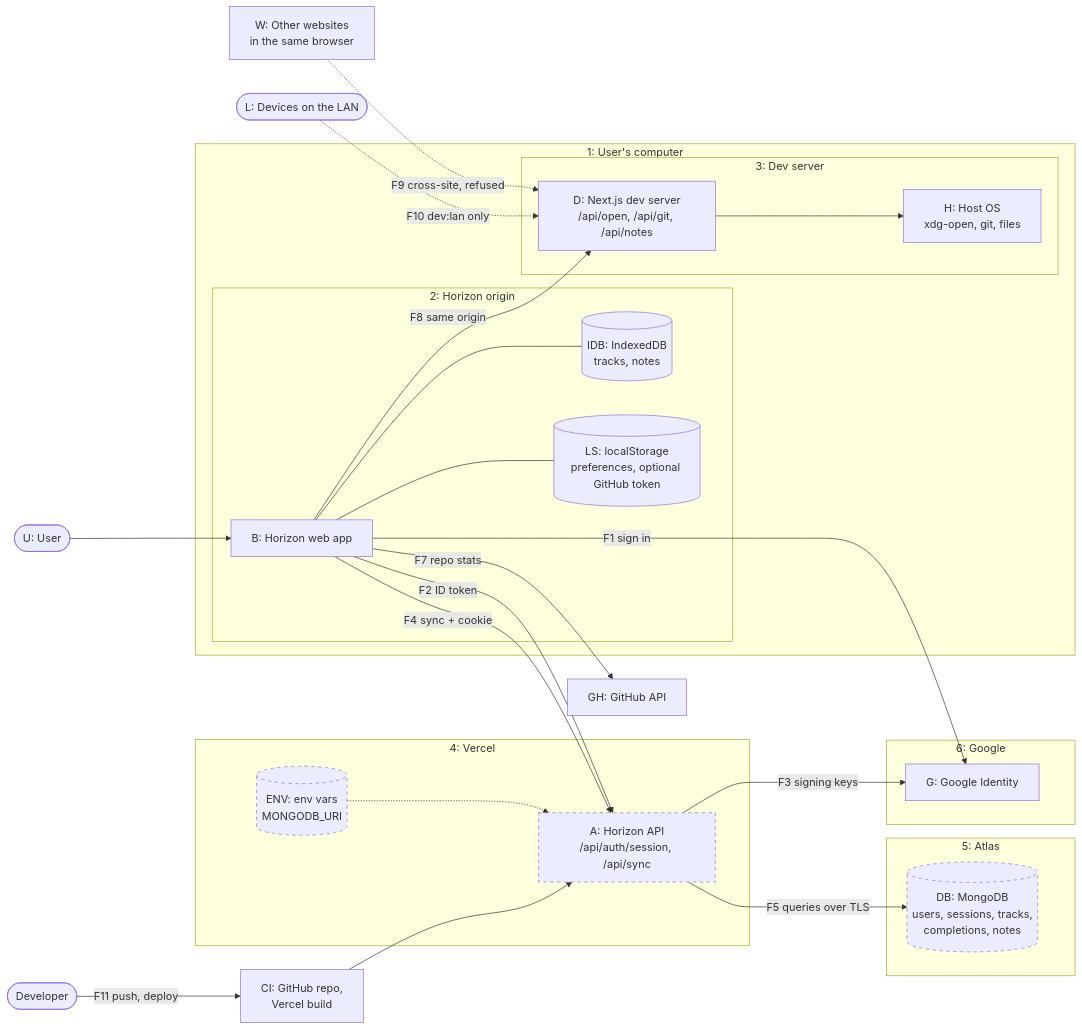
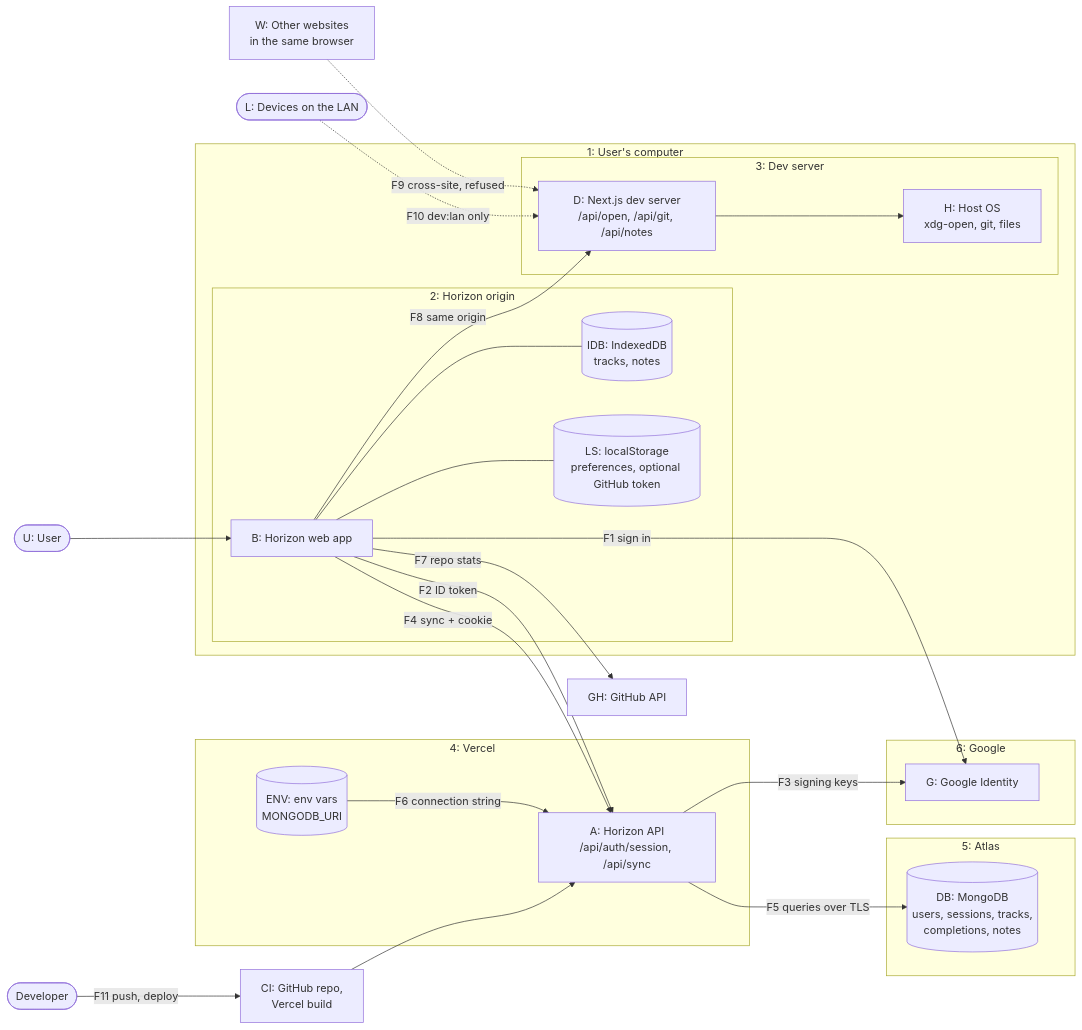
Before and after one commit to alessandrogpz/horizon-roadmap-tracker: the diagram in docs/security/THREAT_MODEL.md, drawn with Mermaid. The commit also changed other lines of this file and 5 other files, not shown here.

````diff
--- a/docs/security/THREAT_MODEL.md
+++ b/docs/security/THREAT_MODEL.md
@@ -101,55 +99,53 @@
 ```mermaid
 flowchart LR
   U(["U: User"])
   W["W: Other websites<br/>in the same browser"]
   L(["L: Devices on the LAN"])
   DEV(["Developer"])
 
   subgraph DEVICE["1: User's computer"]
     subgraph ORIGIN["2: Horizon origin"]
       B["B: Horizon web app"]
       IDB[("IDB: IndexedDB<br/>tracks, notes")]
       LS[("LS: localStorage<br/>preferences, optional GitHub token")]
     end
     subgraph LOCAL["3: Dev server"]
       D["D: Next.js dev server<br/>/api/open, /api/git, /api/notes"]
       H["H: Host OS<br/>xdg-open, git, files"]
     end
   end
 
   subgraph VERCEL["4: Vercel"]
     A["A: Horizon API<br/>/api/auth/session, /api/sync"]
     ENV[("ENV: env vars<br/>MONGODB_URI")]
   end
 
   subgraph ATLAS["5: Atlas"]
     DB[("DB: MongoDB<br/>users, sessions, tracks,<br/>completions, notes")]
   end
 
   subgraph GOOGLE["6: Google"]
     G["G: Google Identity"]
   end
 
   GH["GH: GitHub API"]
   CI["CI: GitHub repo,<br/>Vercel build"]
 
   U --> B
   B --- IDB
   B --- LS
   B -- "F1 sign in" --> G
   B -- "F2 ID token" --> A
   A -- "F3 signing keys" --> G
   B -- "F4 sync + cookie" --> A
   A -- "F5 queries over TLS" --> DB
-  ENV -.-> A
+  ENV -- "F6 connection string" --> A
   B -- "F7 repo stats" --> GH
   B -- "F8 same origin" --> D
   D --> H
   W -. "F9 cross-site, refused" .-> D
   L -. "F10 dev:lan only" .-> D
   DEV -- "F11 push, deploy" --> CI
   CI --> A
 
-  classDef planned stroke-dasharray: 5 5
-  class A,ENV,DB planned
 ```
````
